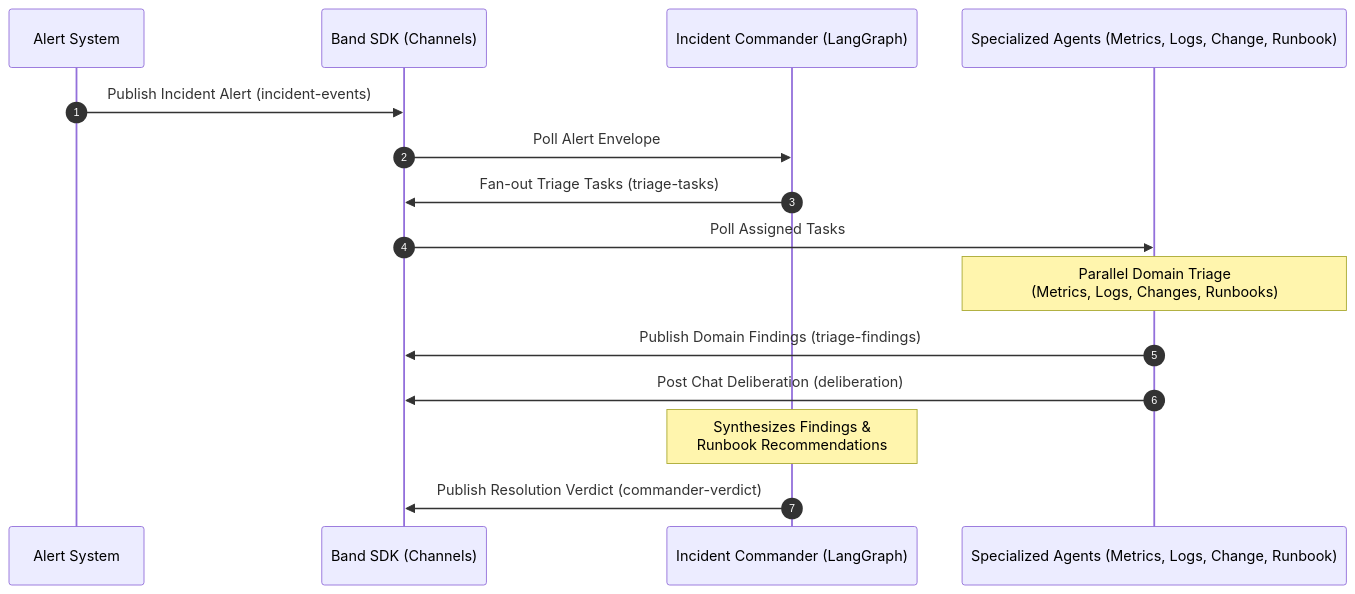
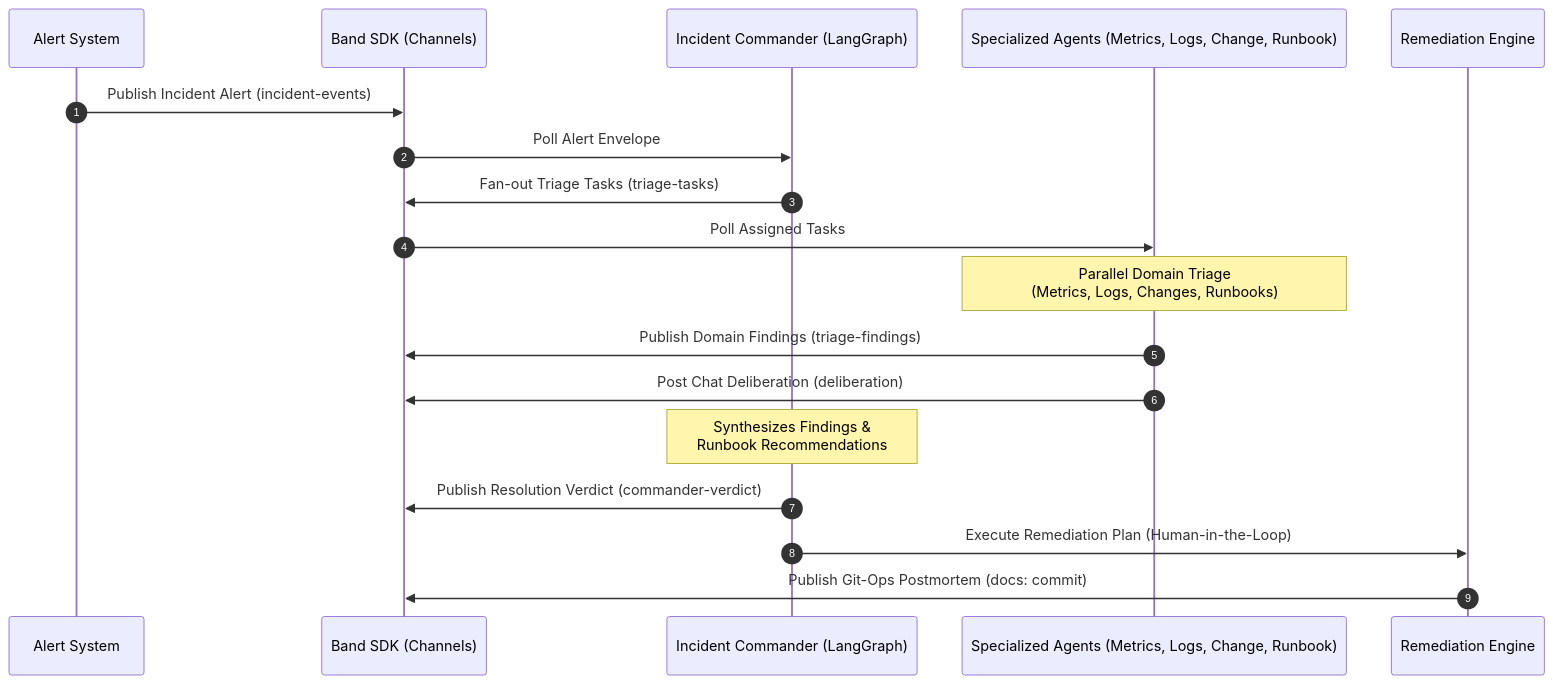
Before and after one commit to vib3withsimran/The-war-room: the diagram in README.md, drawn with Mermaid. The commit also changed other lines of this file and 7 other files, not shown here.

````diff
--- a/README.md
+++ b/README.md
@@ -14,18 +14,21 @@
 ```mermaid
 sequenceDiagram
     autonumber
     participant AlertSystem as Alert System
     participant BandSDK as Band SDK (Channels)
     participant Commander as Incident Commander (LangGraph)
     participant Agents as Specialized Agents (Metrics, Logs, Change, Runbook)
+    participant RemEngine as Remediation Engine
 
     AlertSystem->>BandSDK: Publish Incident Alert (incident-events)
     BandSDK->>Commander: Poll Alert Envelope
     Commander->>BandSDK: Fan-out Triage Tasks (triage-tasks)
     BandSDK->>Agents: Poll Assigned Tasks
     Note over Agents: Parallel Domain Triage<br/>(Metrics, Logs, Changes, Runbooks)
     Agents->>BandSDK: Publish Domain Findings (triage-findings)
     Agents->>BandSDK: Post Chat Deliberation (deliberation)
     Note over Commander: Synthesizes Findings &<br/>Runbook Recommendations
     Commander->>BandSDK: Publish Resolution Verdict (commander-verdict)
+    Commander->>RemEngine: Execute Remediation Plan (Human-in-the-Loop)
+    RemEngine->>BandSDK: Publish Git-Ops Postmortem (docs: commit)
 ```
````
